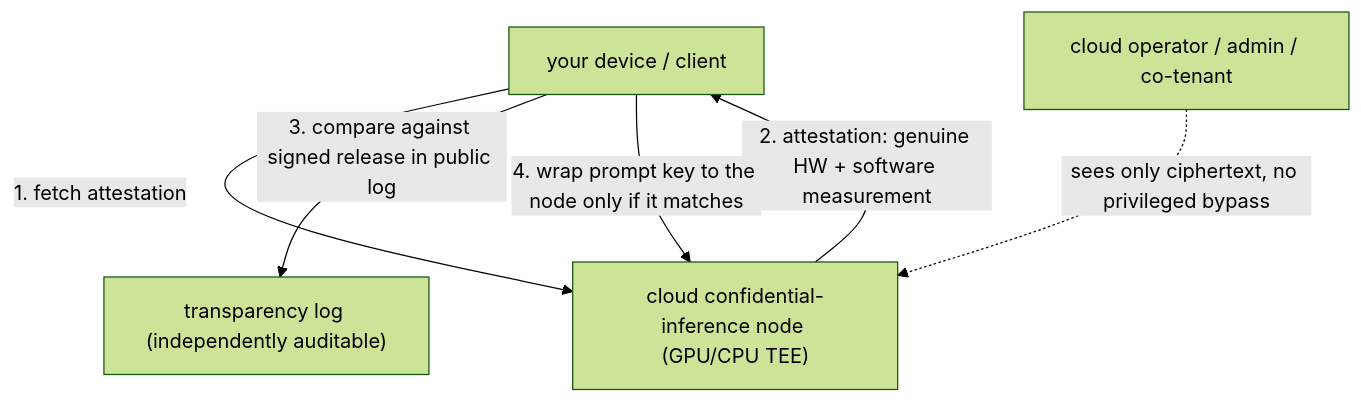
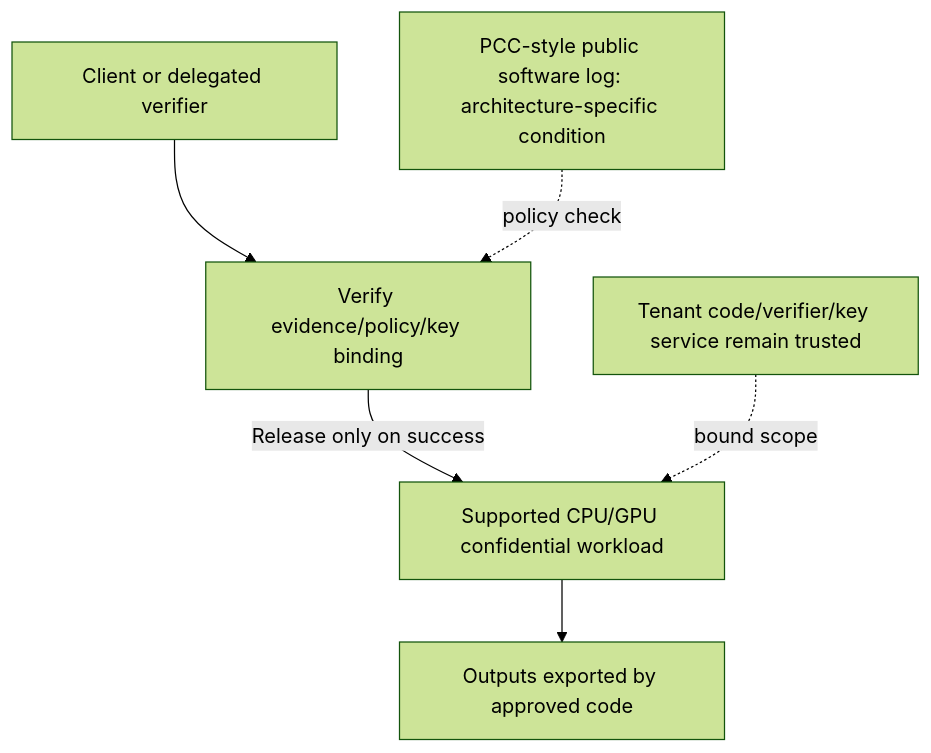
The diagram in i18n/en/docusaurus-plugin-content-docs-privacy/current/05-frontier-deployment/confidential-inference.mdx (XuebinMa/AIWiki), drawn with Mermaid (forest theme) before and after one commit. The commit also changed other lines of this file and 325 other files, not shown here.

````diff
--- a/i18n/en/docusaurus-plugin-content-docs-privacy/current/05-frontier-deployment/confidential-inference.mdx
+++ b/i18n/en/docusaurus-plugin-content-docs-privacy/current/05-frontier-deployment/confidential-inference.mdx
@@ -39,8 +34,8 @@
 ```mermaid
 flowchart TB
-    D["your device / client"] -->|1. fetch attestation| N["cloud confidential-inference node (GPU/CPU TEE)"]
-    N -->|2. attestation: genuine HW + software measurement| D
-    D -->|3. compare against signed release in public log| L["transparency log (independently auditable)"]
-    D -->|4. wrap prompt key to the node only if it matches| N
-    Op["cloud operator / admin / co-tenant"] -. sees only ciphertext, no privileged bypass .-> N
+    C["Client or delegated verifier"] --> E["Verify evidence/policy/key binding"]
+    E -->|Release only on success| K["Supported CPU/GPU confidential workload"]
+    K --> O["Outputs exported by approved code"]
+    P["PCC-style public software log: architecture-specific condition"] -.policy check.-> E
+    T["Tenant code/verifier/key service remain trusted"] -.bound scope.-> K
 ```
````
